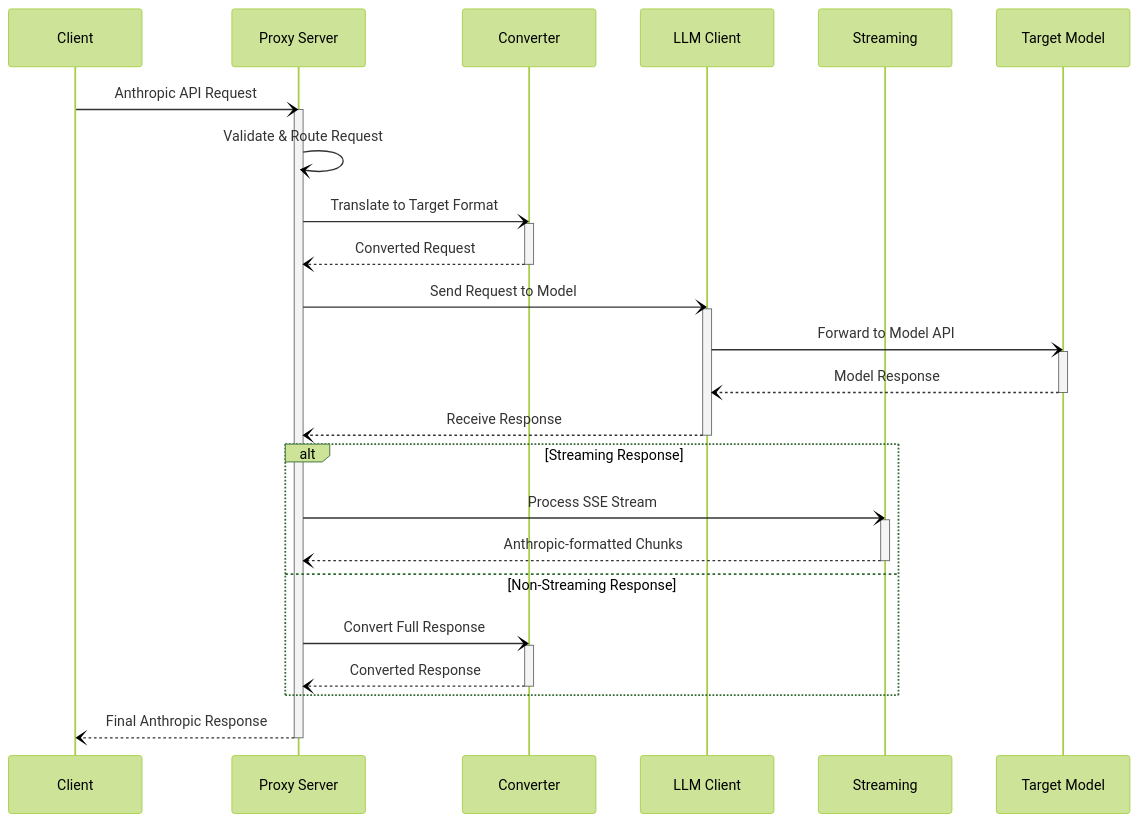
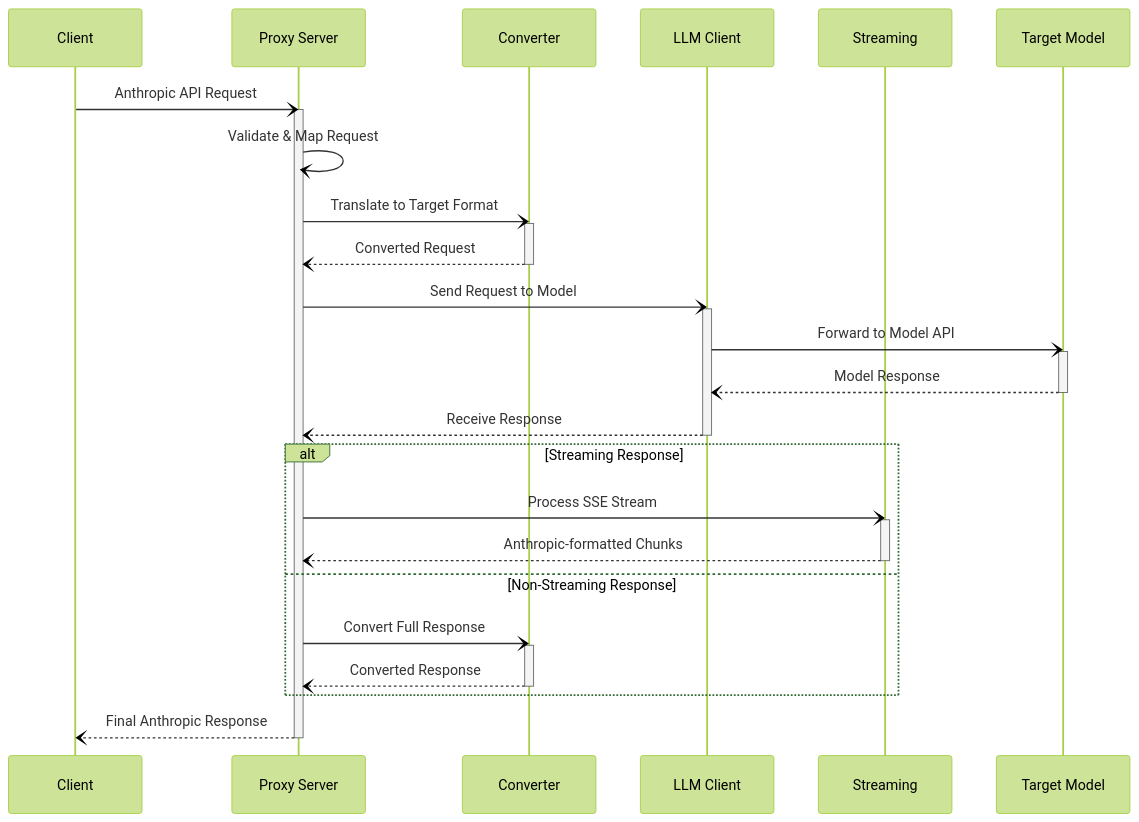
The diagram in docs/architecture.md (tizee/anthropic-proxy), drawn with Mermaid (forest theme) before and after one commit. The commit also changed other lines of this file and 19 other files, not shown here.

````diff
--- a/docs/architecture.md
+++ b/docs/architecture.md
@@ -46,42 +46,42 @@
 ```mermaid
 sequenceDiagram
     participant C as Client
     participant P as Proxy Server
     participant Conv as Converter
     participant LLMC as LLM Client
     participant S as Streaming
     participant T as Target Model
 
     C-)P: Anthropic API Request
     activate P
 
-    P-)P: Validate & Route Request
+    P-)P: Validate & Map Request
     P-)Conv: Translate to Target Format
     activate Conv
     Conv--)P: Converted Request
     deactivate Conv
 
     P-)LLMC: Send Request to Model
     activate LLMC
     LLMC-)T: Forward to Model API
     activate T
     T--)LLMC: Model Response
     deactivate T
     LLMC--)P: Receive Response
     deactivate LLMC
 
     alt Streaming Response
         P-)S: Process SSE Stream
         activate S
         S--)P: Anthropic-formatted Chunks
         deactivate S
     else Non-Streaming Response
         P-)Conv: Convert Full Response
         activate Conv
         Conv--)P: Converted Response
         deactivate Conv
     end
 
     P--)C: Final Anthropic Response
     deactivate P
 ```
````
